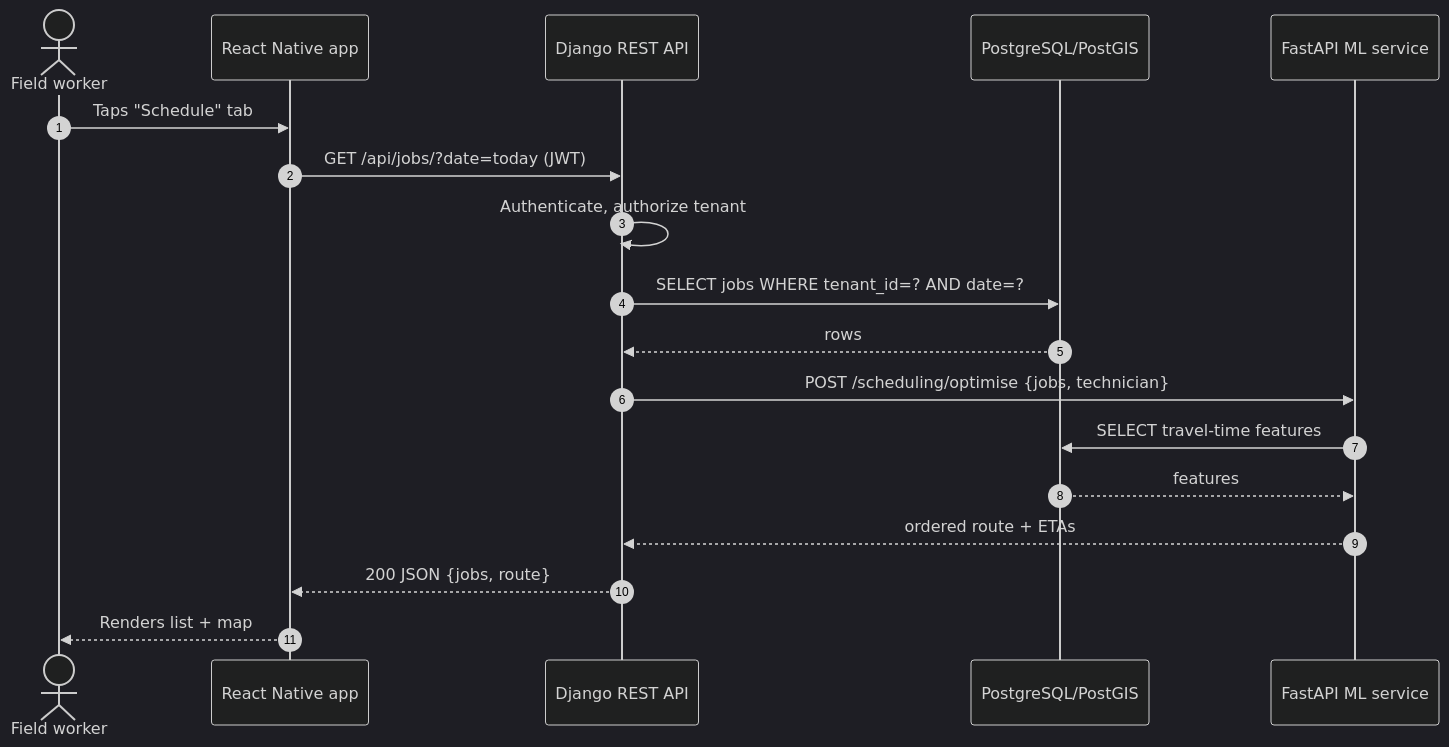
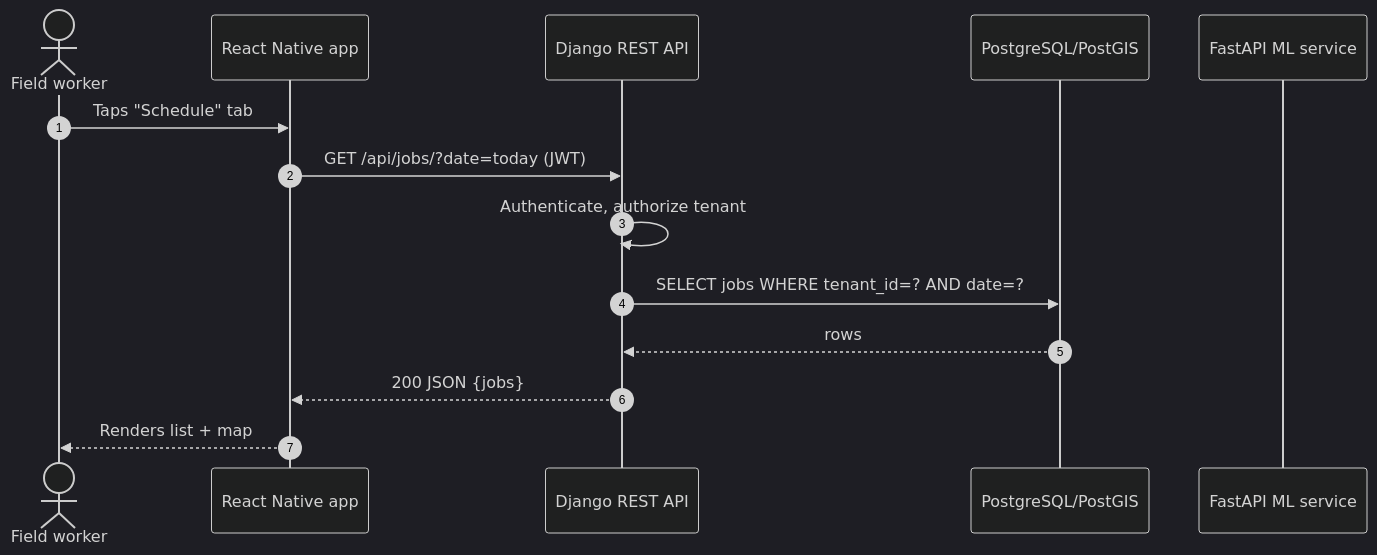
The second of 6 diagrams in ARCHITECTURE.md (DD-Meyer/fieldserve), drawn with Mermaid (dark theme) before and after one commit. The commit also changed other lines of this file and 108 other files, not shown here.

````diff
--- a/ARCHITECTURE.md
+++ b/ARCHITECTURE.md
@@ -53,21 +53,17 @@
 ```mermaid
 sequenceDiagram
     autonumber
     actor U as Field worker
     participant App as React Native app
     participant API as Django REST API
     participant DB as PostgreSQL/PostGIS
     participant ML as FastAPI ML service
 
     U->>App: Taps "Schedule" tab
     App->>API: GET /api/jobs/?date=today (JWT)
     API->>API: Authenticate, authorize tenant
     API->>DB: SELECT jobs WHERE tenant_id=? AND date=?
     DB-->>API: rows
-    API->>ML: POST /scheduling/optimise {jobs, technician}
-    ML->>DB: SELECT travel-time features
-    DB-->>ML: features
-    ML-->>API: ordered route + ETAs
-    API-->>App: 200 JSON {jobs, route}
+    API-->>App: 200 JSON {jobs}
     App-->>U: Renders list + map
 ```
````
